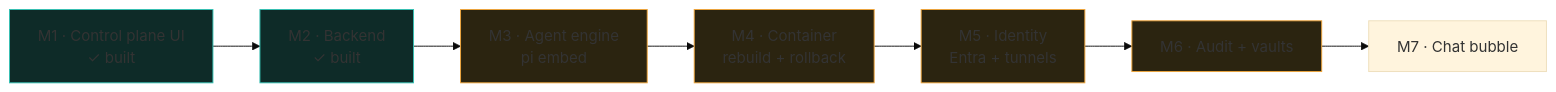
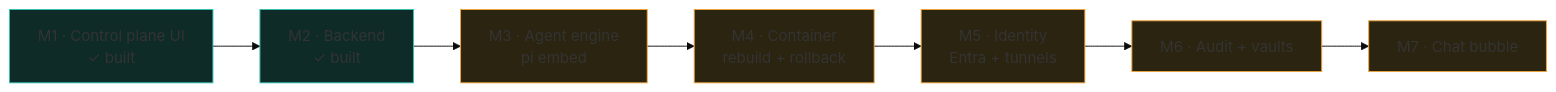
One commit to DreamLab-AI/docBox changed the fourth of 4 diagrams in README.md. Above: the diagram before and after it, drawn with Mermaid (base theme). The commit also changed other lines of this file and 14 other files, not shown here.

````diff
--- a/README.md
+++ b/README.md
@@ -223,15 +245,16 @@
 ```mermaid
 flowchart LR
   M1["M1 · Control plane UI\n✓ built"] --> M2["M2 · Backend\n✓ built"]
   M2 --> M3["M3 · Agent engine\npi embed"]
   M3 --> M4["M4 · Container\nrebuild + rollback"]
   M4 --> M5["M5 · Identity\nEntra + tunnels"]
   M5 --> M6["M6 · Audit + vaults"]
   M6 --> M7["M7 · Chat bubble"]
   style M1 fill:#0e2b28,stroke:#33c2b4
   style M2 fill:#0e2b28,stroke:#33c2b4
   style M3 fill:#2b2410,stroke:#f0a53a
   style M4 fill:#2b2410,stroke:#f0a53a
   style M5 fill:#2b2410,stroke:#f0a53a
   style M6 fill:#2b2410,stroke:#f0a53a
+  style M7 fill:#2b2410,stroke:#f0a53a
 ```
````
